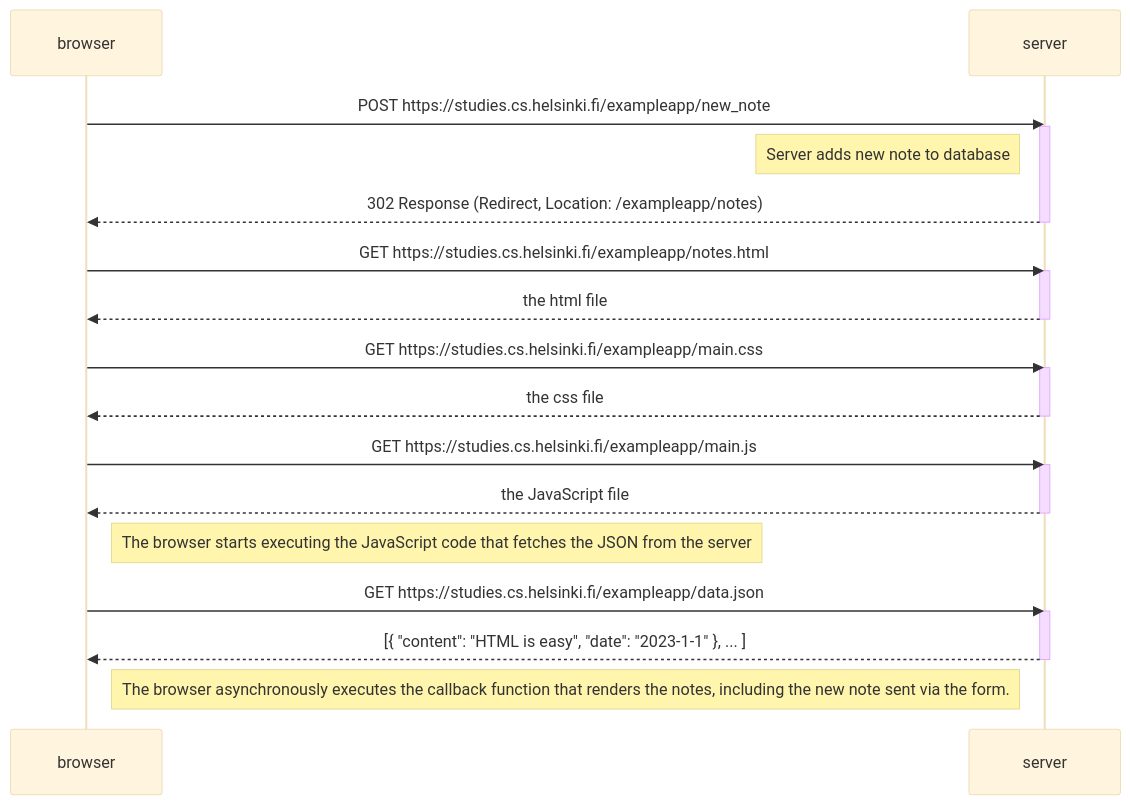
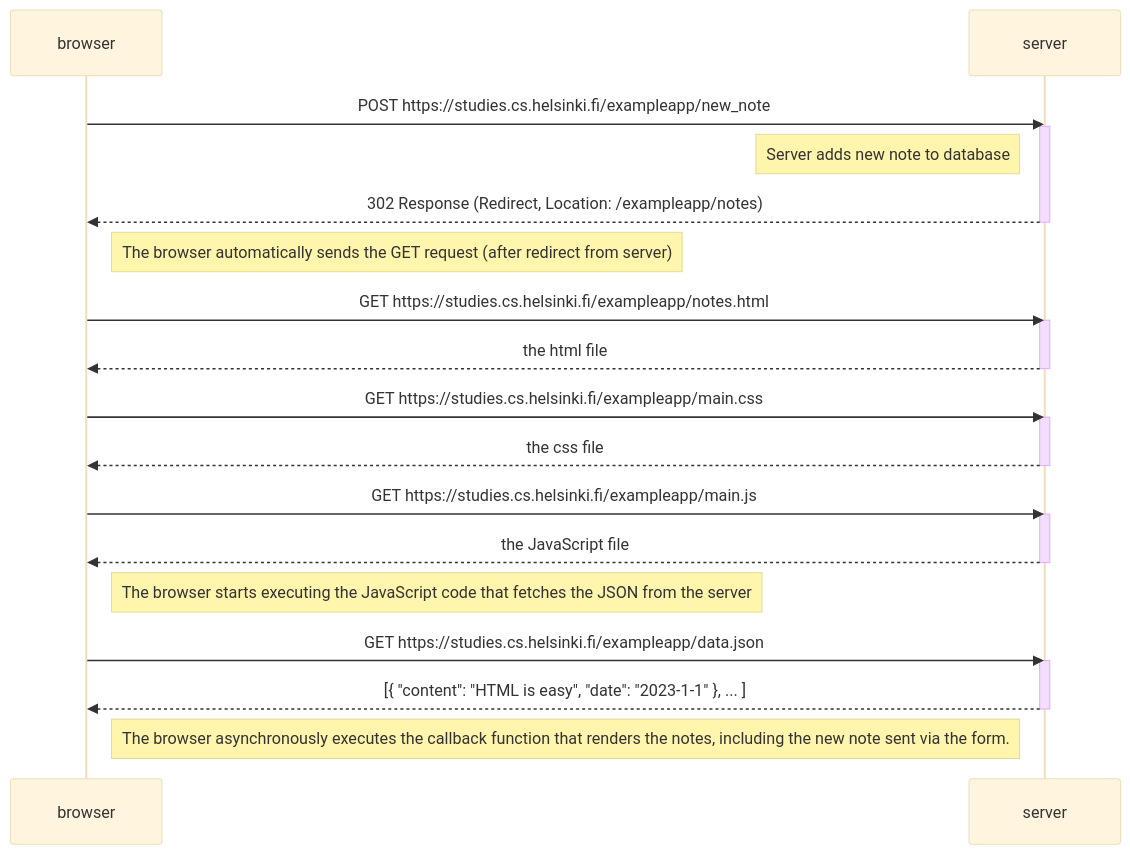
Before and after one commit to devluxor/full-stack-open: the diagram in part0/0.4.md, drawn with Mermaid (base theme).

Commit message:
Submit ex 0.4

````diff
--- a/part0/0.4.md
+++ b/part0/0.4.md
@@ -2,35 +2,37 @@
 ```mermaid
 sequenceDiagram
     participant browser
     participant server
 
     browser->>server: POST https://studies.cs.helsinki.fi/exampleapp/new_note
     activate server
     Note left of server: Server adds new note to database
     server-->>browser: 302 Response (Redirect, Location: /exampleapp/notes)
     deactivate server
+
+    Note right of browser: The browser automatically sends the GET request (after redirect from server)
 
     browser->>server: GET https://studies.cs.helsinki.fi/exampleapp/notes.html
     activate server
     server-->>browser: the html file
     deactivate server
 
     browser->>server: GET https://studies.cs.helsinki.fi/exampleapp/main.css
     activate server
     server-->>browser: the css file
     deactivate server
 
     browser->>server: GET https://studies.cs.helsinki.fi/exampleapp/main.js
     activate server
     server-->>browser: the JavaScript file
     deactivate server
 
     Note right of browser: The browser starts executing the JavaScript code that fetches the JSON from the server
 
     browser->>server: GET https://studies.cs.helsinki.fi/exampleapp/data.json
     activate server
     server-->>browser: [{ "content": "HTML is easy", "date": "2023-1-1" }, ... ]
     deactivate server
 
     Note right of browser: The browser asynchronously executes the callback function that renders the notes, including the new note sent via the form.
 ```
````
